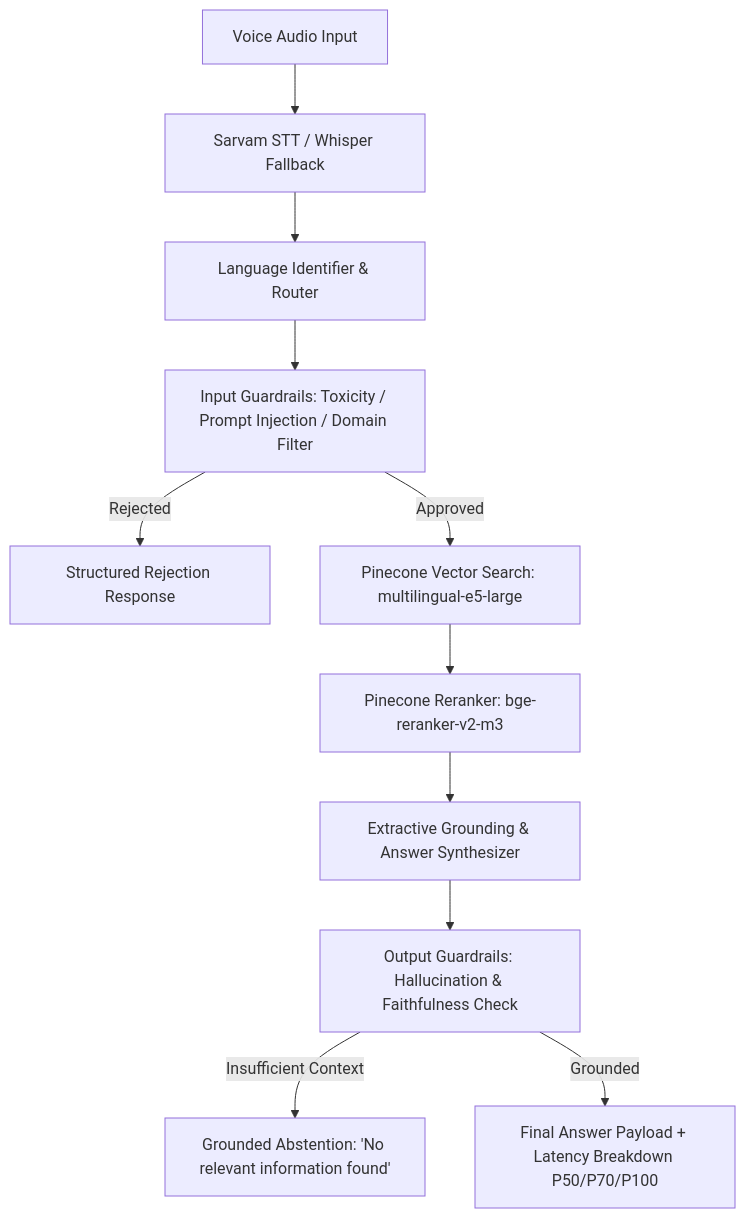
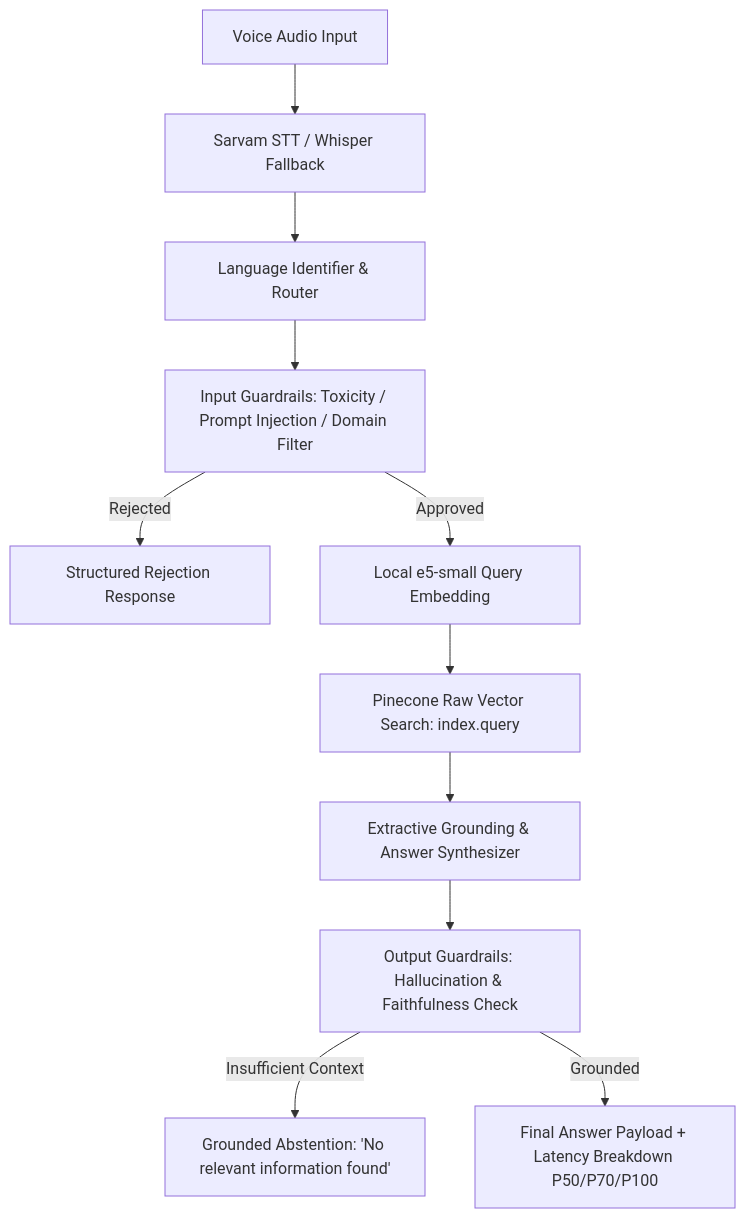
The diagram in README.md (arvus3005/geeks), drawn with Mermaid before and after one commit. The commit also changed other lines of this file and 2 other files, not shown here.

First line of the commit message:
docs: capture live benchmark results and e5-small migration in README

````diff
--- a/README.md
+++ b/README.md
@@ -36,13 +45,13 @@
 ```mermaid
 flowchart TD
     A[Voice Audio Input] --> B[Sarvam STT / Whisper Fallback]
     B --> C[Language Identifier & Router]
     C --> D[Input Guardrails: Toxicity / Prompt Injection / Domain Filter]
     D -- Rejected --> E[Structured Rejection Response]
-    D -- Approved --> F[Pinecone Vector Search: multilingual-e5-large]
-    F --> G[Pinecone Reranker: bge-reranker-v2-m3]
+    D -- Approved --> F[Local e5-small Query Embedding]
+    F --> G[Pinecone Raw Vector Search: index.query]
     G --> H[Extractive Grounding & Answer Synthesizer]
     H --> I[Output Guardrails: Hallucination & Faithfulness Check]
     I -- Insufficient Context --> J[Grounded Abstention: 'No relevant information found']
     I -- Grounded --> K[Final Answer Payload + Latency Breakdown P50/P70/P100]
 ```
````
